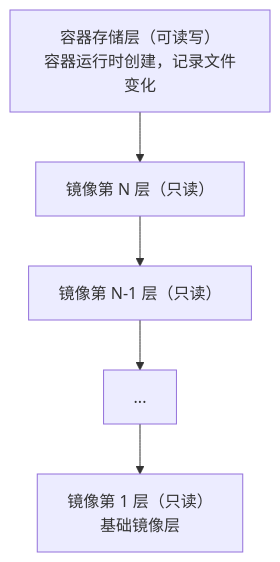
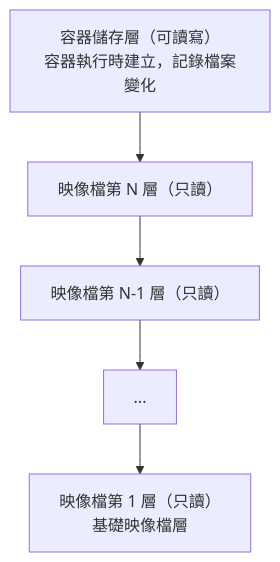
One commit to alexkuoecity/docker-practice-master-zh-tw changed the third of 4 diagrams in 02_basic_concept/2.2_container.md. Above: the diagram before and after it, drawn with Mermaid. The commit also changed other lines of this file and 200 other files, not shown here.

````diff
--- a/02_basic_concept/2.2_container.md
+++ b/02_basic_concept/2.2_container.md
@@ -86,10 +86,10 @@
 ```mermaid
 flowchart TD
-    ContainerLayer["容器存储层（可读写）<br/>容器运行时创建，记录文件变化"]
-    ImageLayerN["镜像第 N 层（只读）"]
-    ImageLayerN1["镜像第 N-1 层（只读）"]
+    ContainerLayer["容器儲存層（可讀寫）<br/>容器執行時建立，記錄檔案變化"]
+    ImageLayerN["映像檔第 N 層（只讀）"]
+    ImageLayerN1["映像檔第 N-1 層（只讀）"]
     Dots["..."]
-    ImageLayer1["镜像第 1 层（只读）<br/>基础镜像层"]
+    ImageLayer1["映像檔第 1 層（只讀）<br/>基礎映像檔層"]
 
     ContainerLayer --> ImageLayerN --> ImageLayerN1 --> Dots --> ImageLayer1
 ```
````
